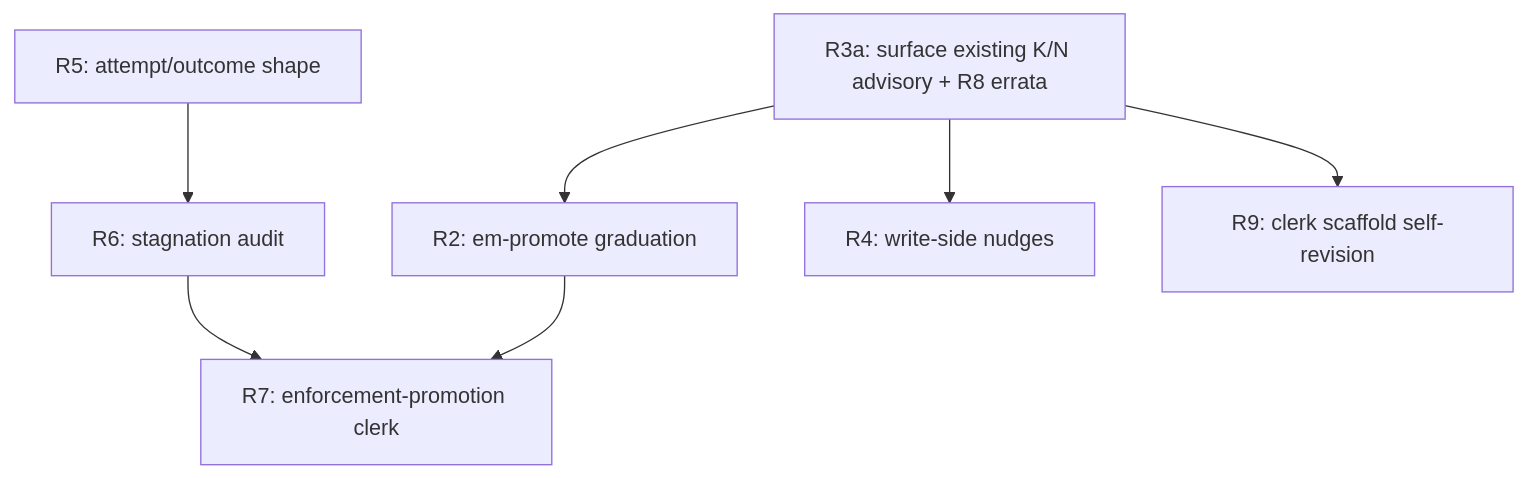
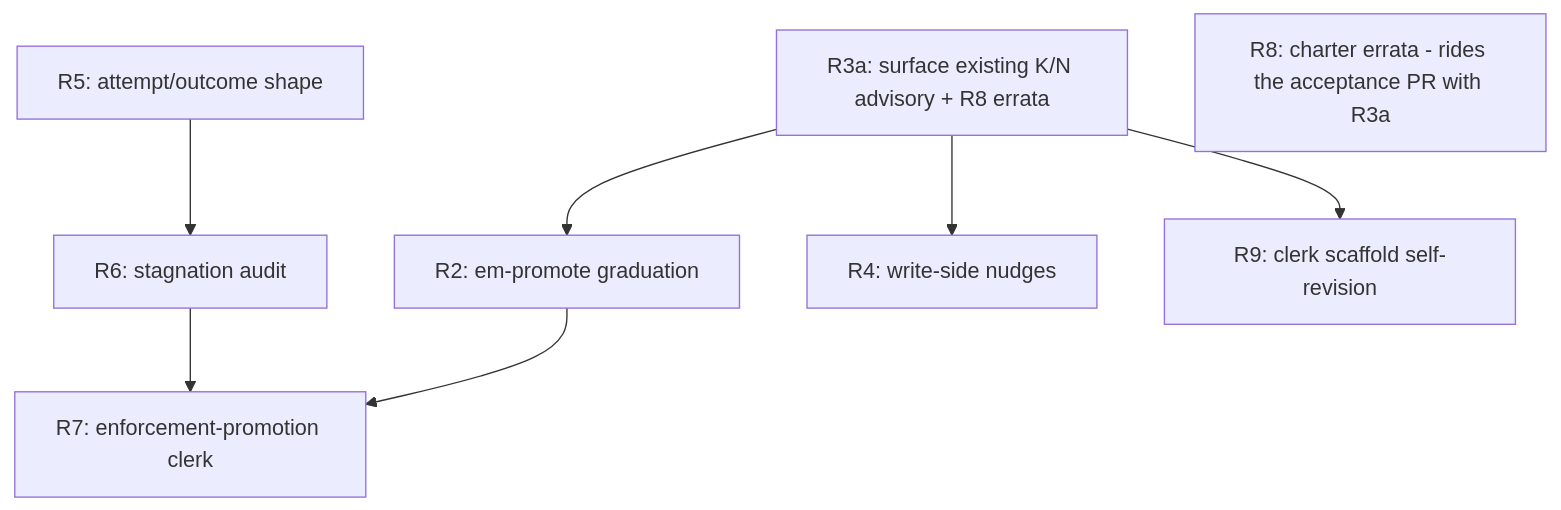
The diagram in docs/rfcs/RFC-012-promotion-arc.md (lantisprime/episodic-memory), drawn with Mermaid before and after one commit. The commit also changed other lines of this file, not shown here.

````diff
--- a/docs/rfcs/RFC-012-promotion-arc.md
+++ b/docs/rfcs/RFC-012-promotion-arc.md
@@ -150,18 +152,19 @@
 ```mermaid
 graph TD
     R3a[R3a: surface existing K/N advisory + R8 errata]
     R2[R2: em-promote graduation]
     R5[R5: attempt/outcome shape]
     R6[R6: stagnation audit]
     R4[R4: write-side nudges]
     R7[R7: enforcement-promotion clerk]
 
     R9[R9: clerk scaffold self-revision]
+    R8[R8: charter errata - rides the acceptance PR with R3a]
 
     R3a --> R2
     R5 --> R6
     R3a --> R4
     R2 --> R7
     R6 --> R7
     R3a --> R9
 ```
````
